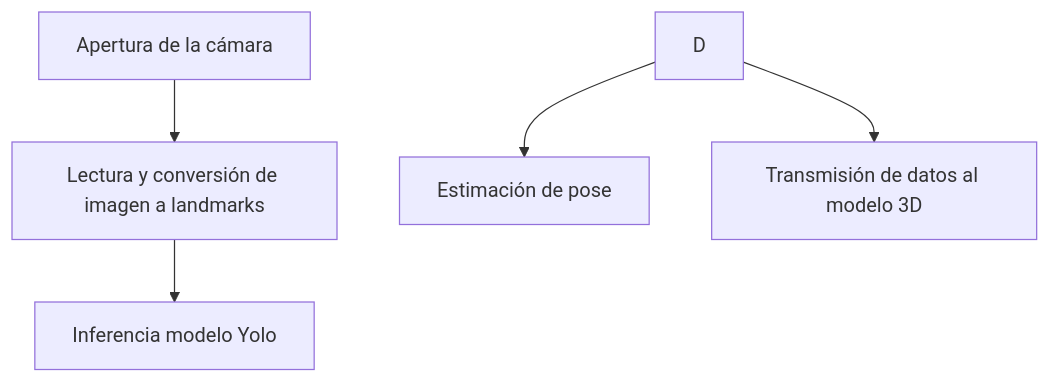
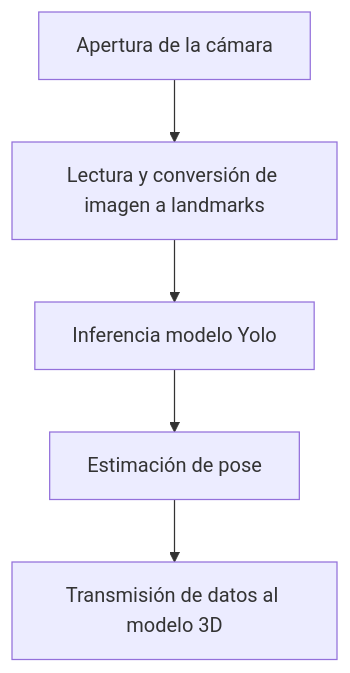
The diagram in README.md (JDEPAP2/PoseEstimationPython), drawn with Mermaid before and after one commit.

````diff
--- a/README.md
+++ b/README.md
@@ -24,7 +24,7 @@
 ```mermaid
 flowchart TD
     A[Apertura de la cámara] --> B[Lectura y conversión de imagen a landmarks]
     B --> C[Inferencia modelo Yolo]
-    D --> E[Estimación de pose]
-    D --> F[Transmisión de datos al modelo 3D]
+    C --> D[Estimación de pose]
+    D --> E[Transmisión de datos al modelo 3D]
 ```
````
